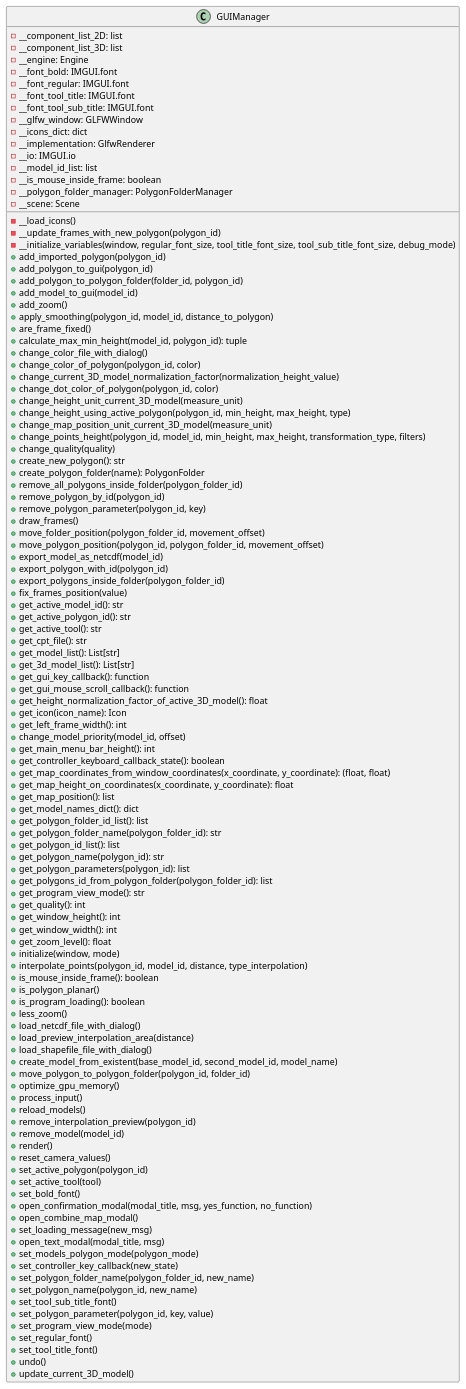
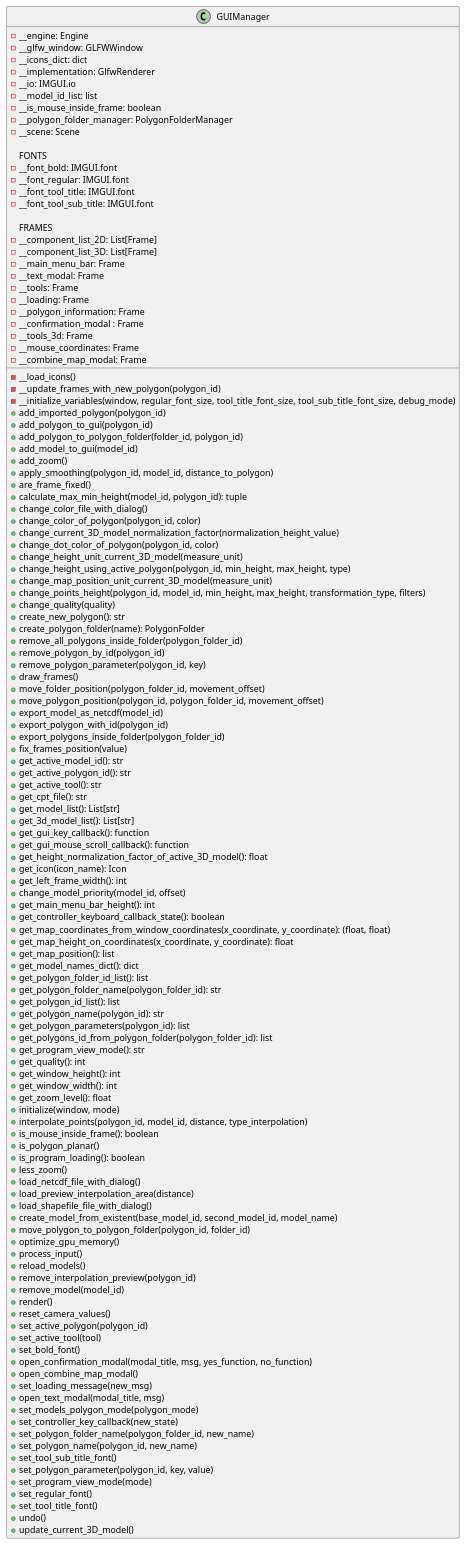
The diagram in docs/classes/GUIManager.puml (ferpoble2/Relief_Creator), drawn with PlantUML before and after one commit.

Commit message:
Updated docs.
Updated GUIManager docs.

```diff
--- a/docs/classes/GUIManager.puml
+++ b/docs/classes/GUIManager.puml
@@ -1,118 +1,131 @@
 @startuml
 'https://plantuml.com/class-diagram
 class GUIManager{
-    - __component_list_2D: list
-    - __component_list_3D: list
     - __engine: Engine
-    - __font_bold: IMGUI.font
-    - __font_regular: IMGUI.font
-    - __font_tool_title: IMGUI.font
-    - __font_tool_sub_title: IMGUI.font
     - __glfw_window: GLFWWindow
     - __icons_dict: dict
     - __implementation: GlfwRenderer
     - __io: IMGUI.io
     - __model_id_list: list
     - __is_mouse_inside_frame: boolean
     - __polygon_folder_manager: PolygonFolderManager
     - __scene: Scene
+
+    FONTS
+    - __font_bold: IMGUI.font
+    - __font_regular: IMGUI.font
+    - __font_tool_title: IMGUI.font
+    - __font_tool_sub_title: IMGUI.font
+
+    FRAMES
+    - __component_list_2D: List[Frame]
+    - __component_list_3D: List[Frame]
+    - __main_menu_bar: Frame
+    - __text_modal: Frame
+    - __tools: Frame
+    - __loading: Frame
+    - __polygon_information: Frame
+    - __confirmation_modal : Frame
+    - __tools_3d: Frame
+    - __mouse_coordinates: Frame
+    - __combine_map_modal: Frame
 
     - __load_icons()
     - __update_frames_with_new_polygon(polygon_id)
     - __initialize_variables(window, regular_font_size, tool_title_font_size, tool_sub_title_font_size, debug_mode)
     + add_imported_polygon(polygon_id)
     + add_polygon_to_gui(polygon_id)
     + add_polygon_to_polygon_folder(folder_id, polygon_id)
     + add_model_to_gui(model_id)
     + add_zoom()
     + apply_smoothing(polygon_id, model_id, distance_to_polygon)
     + are_frame_fixed()
     + calculate_max_min_height(model_id, polygon_id): tuple
     + change_color_file_with_dialog()
     + change_color_of_polygon(polygon_id, color)
     + change_current_3D_model_normalization_factor(normalization_height_value)
     + change_dot_color_of_polygon(polygon_id, color)
     + change_height_unit_current_3D_model(measure_unit)
     + change_height_using_active_polygon(polygon_id, min_height, max_height, type)
     + change_map_position_unit_current_3D_model(measure_unit)
     + change_points_height(polygon_id, model_id, min_height, max_height, transformation_type, filters)
     + change_quality(quality)
     + create_new_polygon(): str
     + create_polygon_folder(name): PolygonFolder
     + remove_all_polygons_inside_folder(polygon_folder_id)
     + remove_polygon_by_id(polygon_id)
     + remove_polygon_parameter(polygon_id, key)
     + draw_frames()
     + move_folder_position(polygon_folder_id, movement_offset)
     + move_polygon_position(polygon_id, polygon_folder_id, movement_offset)
     + export_model_as_netcdf(model_id)
     + export_polygon_with_id(polygon_id)
     + export_polygons_inside_folder(polygon_folder_id)
     + fix_frames_position(value)
     + get_active_model_id(): str
     + get_active_polygon_id(): str
     + get_active_tool(): str
     + get_cpt_file(): str
     + get_model_list(): List[str]
     + get_3d_model_list(): List[str]
     + get_gui_key_callback(): function
     + get_gui_mouse_scroll_callback(): function
     + get_height_normalization_factor_of_active_3D_model(): float
     + get_icon(icon_name): Icon
     + get_left_frame_width(): int
     + change_model_priority(model_id, offset)
     + get_main_menu_bar_height(): int
     + get_controller_keyboard_callback_state(): boolean
     + get_map_coordinates_from_window_coordinates(x_coordinate, y_coordinate): (float, float)
     + get_map_height_on_coordinates(x_coordinate, y_coordinate): float
     + get_map_position(): list
     + get_model_names_dict(): dict
     + get_polygon_folder_id_list(): list
     + get_polygon_folder_name(polygon_folder_id): str
     + get_polygon_id_list(): list
     + get_polygon_name(polygon_id): str
     + get_polygon_parameters(polygon_id): list
     + get_polygons_id_from_polygon_folder(polygon_folder_id): list
     + get_program_view_mode(): str
     + get_quality(): int
     + get_window_height(): int
     + get_window_width(): int
     + get_zoom_level(): float
     + initialize(window, mode)
     + interpolate_points(polygon_id, model_id, distance, type_interpolation)
     + is_mouse_inside_frame(): boolean
     + is_polygon_planar()
     + is_program_loading(): boolean
     + less_zoom()
     + load_netcdf_file_with_dialog()
     + load_preview_interpolation_area(distance)
     + load_shapefile_file_with_dialog()
     + create_model_from_existent(base_model_id, second_model_id, model_name)
     + move_polygon_to_polygon_folder(polygon_id, folder_id)
     + optimize_gpu_memory()
     + process_input()
     + reload_models()
     + remove_interpolation_preview(polygon_id)
     + remove_model(model_id)
     + render()
     + reset_camera_values()
     + set_active_polygon(polygon_id)
     + set_active_tool(tool)
     + set_bold_font()
     + open_confirmation_modal(modal_title, msg, yes_function, no_function)
     + open_combine_map_modal()
     + set_loading_message(new_msg)
     + open_text_modal(modal_title, msg)
     + set_models_polygon_mode(polygon_mode)
     + set_controller_key_callback(new_state)
     + set_polygon_folder_name(polygon_folder_id, new_name)
     + set_polygon_name(polygon_id, new_name)
     + set_tool_sub_title_font()
     + set_polygon_parameter(polygon_id, key, value)
     + set_program_view_mode(mode)
     + set_regular_font()
     + set_tool_title_font()
     + undo()
     + update_current_3D_model()
 }
 @enduml
```
